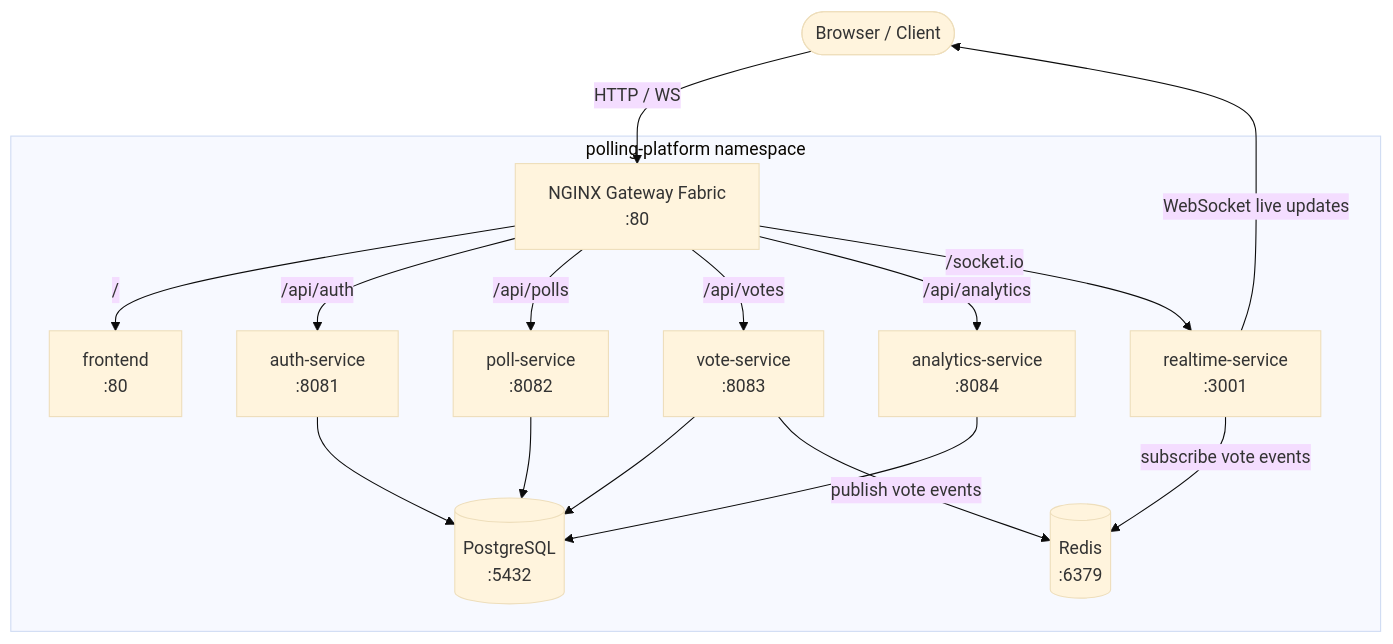
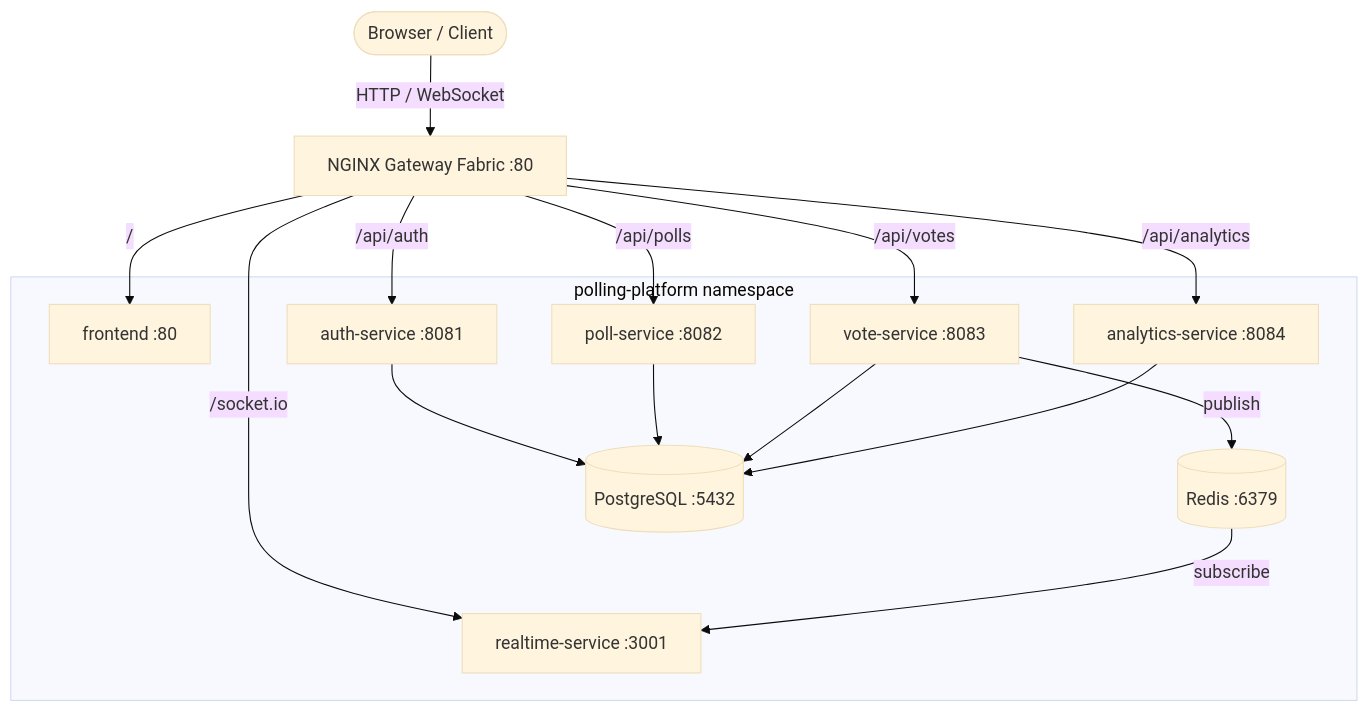
Before and after one commit to 0019-KDU/cloud-native-polling-platform: the first of 6 diagrams in README.md, drawn with Mermaid (base theme). The commit also changed other lines of this file and 6 other files, not shown here.

Commit message:
fix: resolve Mermaid render errors (cycles + nested subgraphs); add diagram sources to docs/diagrams

````diff
--- a/README.md
+++ b/README.md
@@ -66,32 +66,32 @@
 ```mermaid
 flowchart TB
-    Client([Browser / Client])
+    Client(["Browser / Client"])
+    GW["NGINX Gateway Fabric :80"]
+
+    Client -->|HTTP / WebSocket| GW
 
     subgraph NS["polling-platform namespace"]
-        GW["NGINX Gateway Fabric<br/>:80"]
-        FE["frontend<br/>:80"]
-        AUTH["auth-service<br/>:8081"]
-        POLL["poll-service<br/>:8082"]
-        VOTE["vote-service<br/>:8083"]
-        ANALYTICS["analytics-service<br/>:8084"]
-        RT["realtime-service<br/>:3001"]
-        REDIS[("Redis<br/>:6379")]
-        PG[("PostgreSQL<br/>:5432")]
+        FE["frontend :80"]
+        AUTH["auth-service :8081"]
+        POLL["poll-service :8082"]
+        VOTE["vote-service :8083"]
+        ANALYTICS["analytics-service :8084"]
+        RT["realtime-service :3001"]
+        REDIS[("Redis :6379")]
+        PG[("PostgreSQL :5432")]
     end
 
-    Client -- HTTP / WS --> GW
-    GW -- "/" --> FE
-    GW -- "/api/auth" --> AUTH
-    GW -- "/api/polls" --> POLL
-    GW -- "/api/votes" --> VOTE
-    GW -- "/api/analytics" --> ANALYTICS
-    GW -- "/socket.io" --> RT
+    GW -->|/| FE
+    GW -->|/api/auth| AUTH
+    GW -->|/api/polls| POLL
+    GW -->|/api/votes| VOTE
+    GW -->|/api/analytics| ANALYTICS
+    GW -->|/socket.io| RT
 
     AUTH --> PG
     POLL --> PG
     VOTE --> PG
     ANALYTICS --> PG
-    VOTE -- "publish vote events" --> REDIS
-    RT -- "subscribe vote events" --> REDIS
-    RT -- "WebSocket live updates" --> Client
+    VOTE -->|publish| REDIS
+    REDIS -->|subscribe| RT
 ```
````
